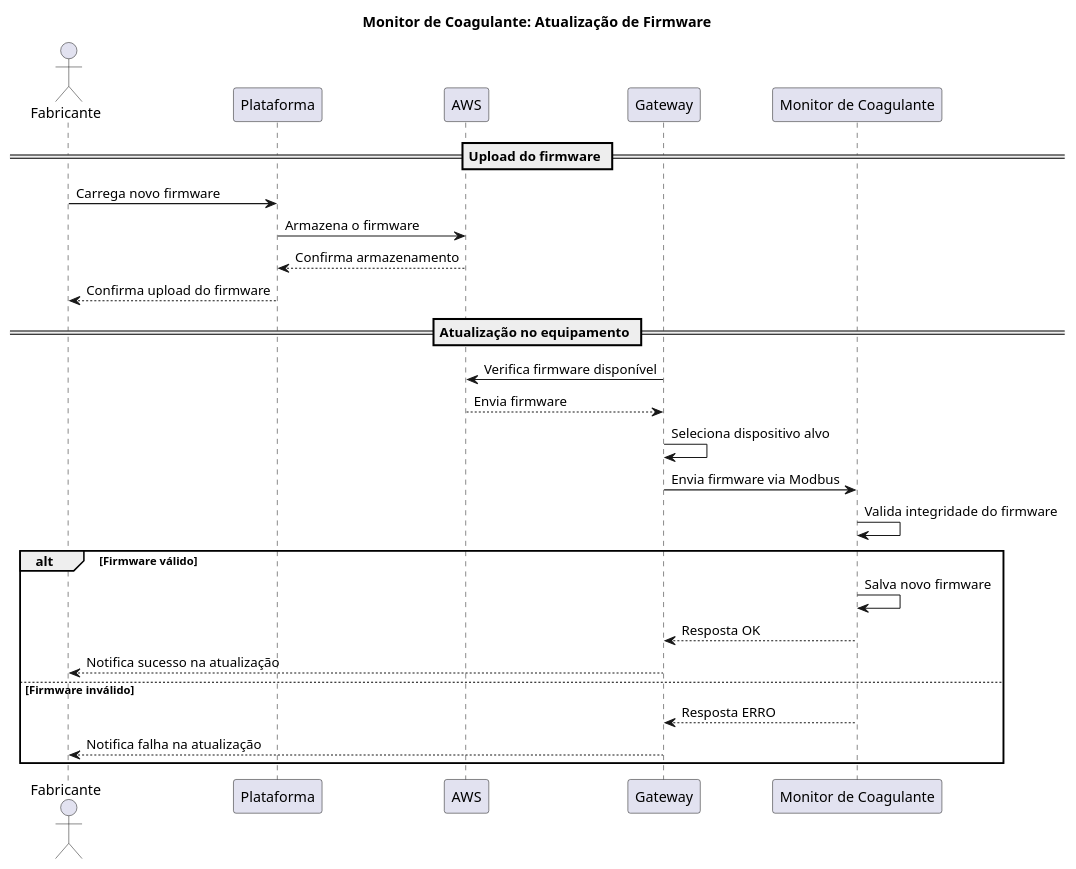
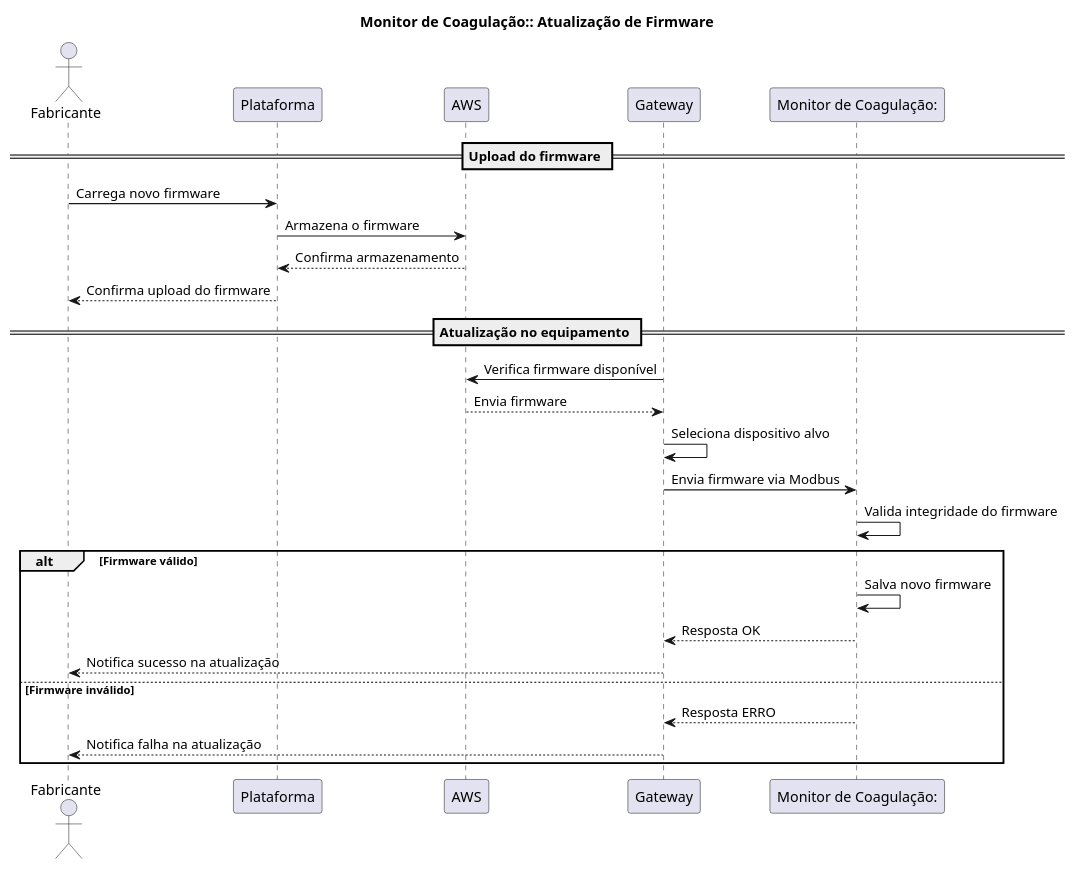
One commit to Monique-HidroSolo/plantuml changed the diagram in Documentação Monitor/OTA.puml. Above: the diagram before and after it, drawn with PlantUML. The commit also changed 13 other files, not shown here.

```diff
--- a/Documentação Monitor/OTA.puml
+++ b/Documentação Monitor/OTA.puml
@@ -1,34 +1,34 @@
 @startuml
-title Monitor de Coagulante: Atualização de Firmware
+title Monitor de Coagulação:: Atualização de Firmware
 
 actor Fabricante as F
 participant Plataforma as P
 participant AWS as AWS
 participant Gateway as GW
-participant "Monitor de Coagulante" as MC
+participant "Monitor de Coagulação:" as MC
 
 == Upload do firmware ==
 F -> P: Carrega novo firmware
 P -> AWS: Armazena o firmware
 AWS --> P: Confirma armazenamento
 P --> F: Confirma upload do firmware
 
 == Atualização no equipamento ==
 GW -> AWS: Verifica firmware disponível
 AWS --> GW: Envia firmware
 
 GW -> GW: Seleciona dispositivo alvo
 GW -> MC: Envia firmware via Modbus
 
 MC -> MC: Valida integridade do firmware
 
 alt Firmware válido
     MC -> MC: Salva novo firmware
     MC --> GW: Resposta OK
     GW --> F: Notifica sucesso na atualização
 else Firmware inválido
     MC --> GW: Resposta ERRO
     GW --> F: Notifica falha na atualização
 end
 
 @enduml
```
